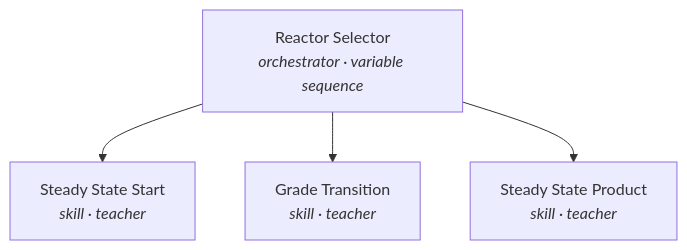
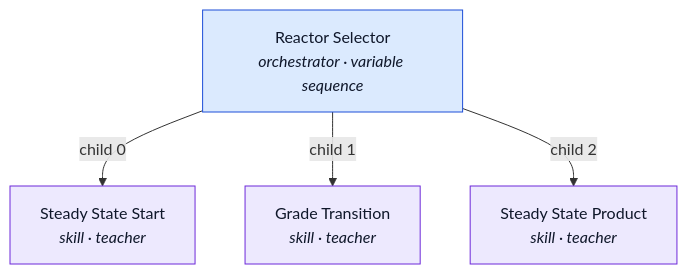
One commit to Composabl/amesa-agents changed the second of 3 diagrams in README.md. Above: the diagram before and after it, drawn with Mermaid. The commit also changed other lines of this file, not shown here.

First line of the commit message:
Restyle README diagrams to match the domain-graph doc styling

````diff
--- a/README.md
+++ b/README.md
@@ -258,7 +269,14 @@
 ```mermaid
 flowchart TD
-    R["Reactor Selector<br/><i>orchestrator · variable sequence</i>"]
-    R --> A["Steady State Start<br/><i>skill · teacher</i>"]
-    R --> B["Grade Transition<br/><i>skill · teacher</i>"]
-    R --> C["Steady State Product<br/><i>skill · teacher</i>"]
+  R["Reactor Selector<br/><i>orchestrator · variable sequence</i>"]:::orch
+  A["Steady State Start<br/><i>skill · teacher</i>"]:::skill
+  B["Grade Transition<br/><i>skill · teacher</i>"]:::skill
+  C["Steady State Product<br/><i>skill · teacher</i>"]:::skill
+
+  R -->|child 0| A
+  R -->|child 1| B
+  R -->|child 2| C
+
+  classDef orch fill:#dbeafe,stroke:#1d4ed8,color:#0f172a
+  classDef skill fill:#ede9fe,stroke:#6d28d9,color:#0f172a
 ```
````
